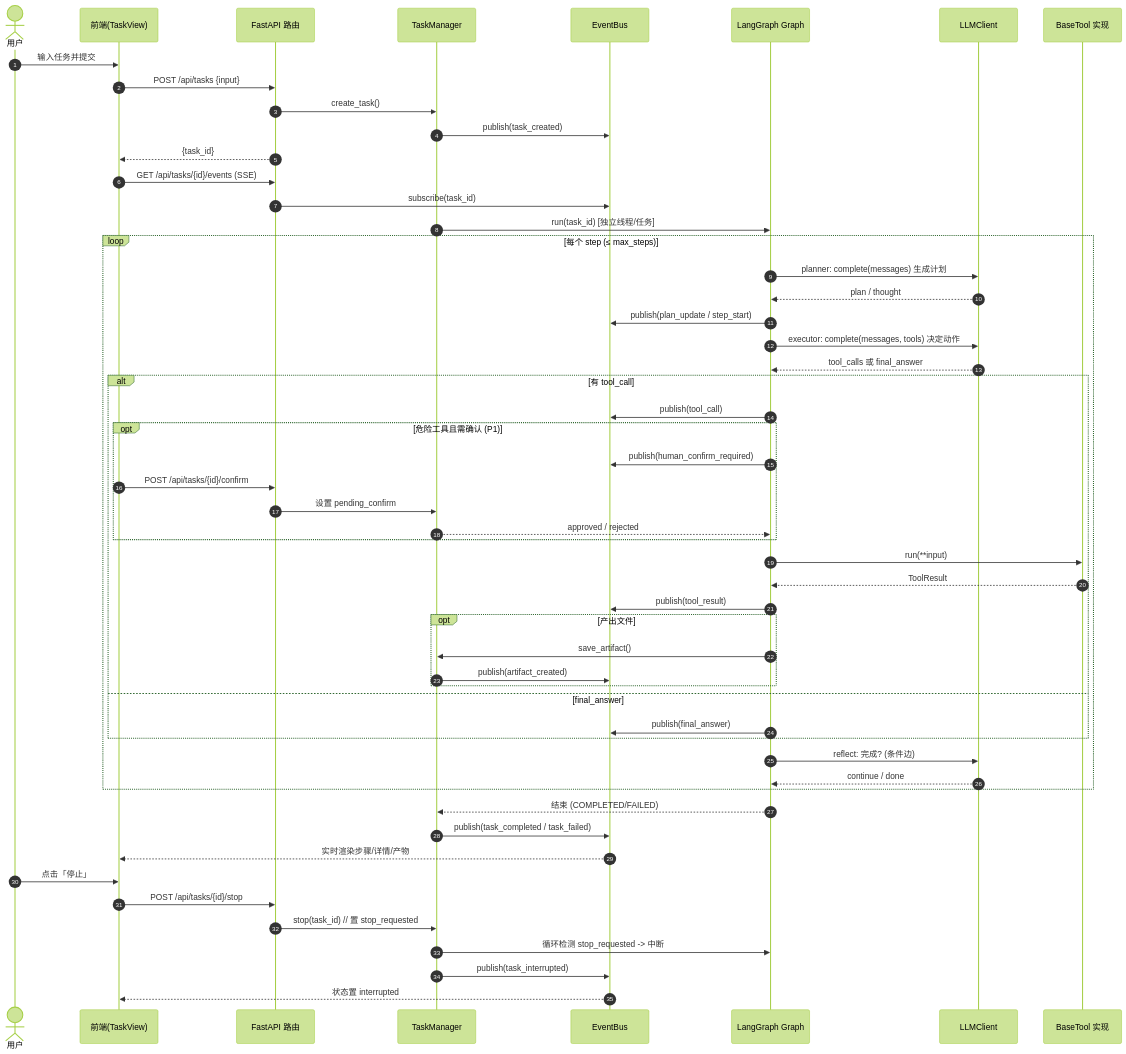
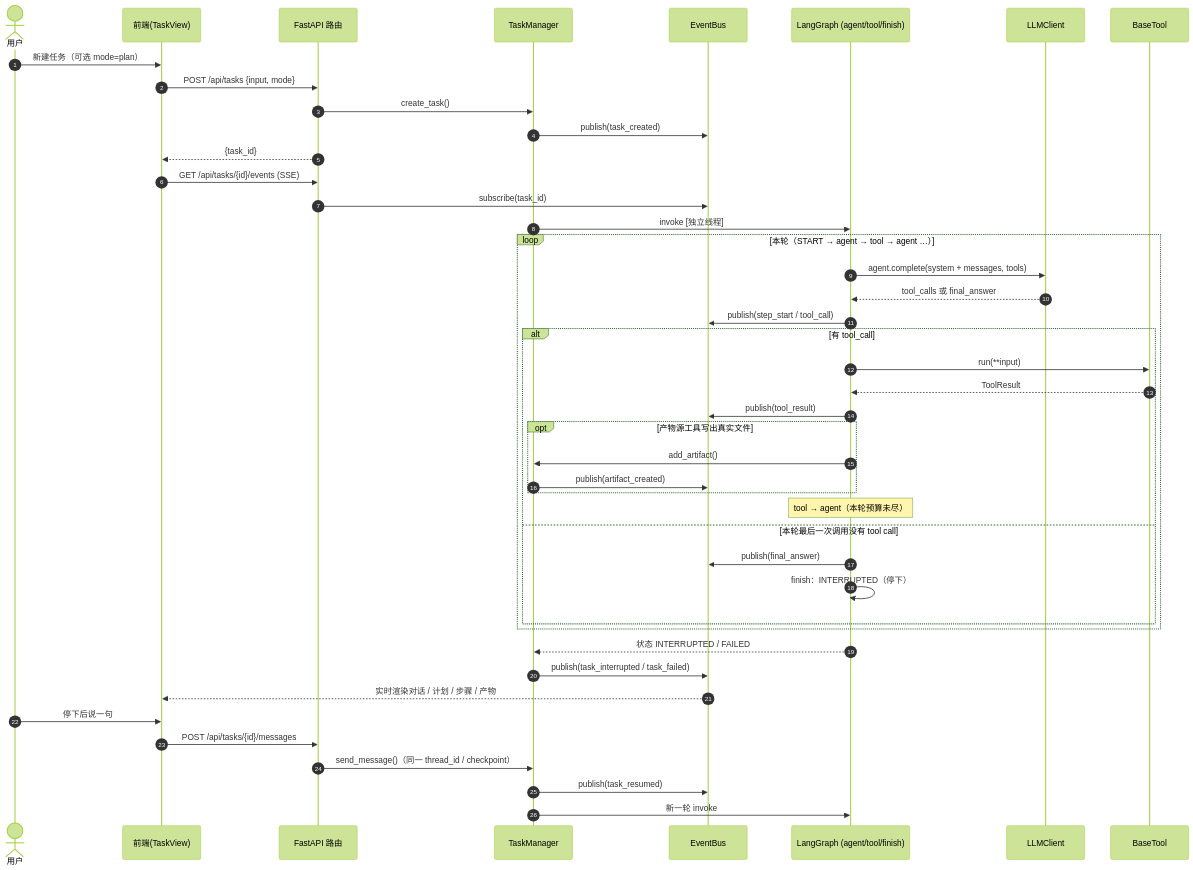
One commit to renjianguojinqianfan/langgraph-agent changed the diagram in docs/sequence-diagram.mermaid. Above: the diagram before and after it, drawn with Mermaid (forest theme). The commit also changed 19 other files, not shown here.

```diff
--- a/docs/sequence-diagram.mermaid
+++ b/docs/sequence-diagram.mermaid
@@ -1,60 +1,47 @@
 sequenceDiagram
     autonumber
     actor U as 用户
     participant FE as 前端(TaskView)
     participant API as FastAPI 路由
     participant TM as TaskManager
     participant EB as EventBus
-    participant G as LangGraph Graph
+    participant G as LangGraph (agent/tool/finish)
     participant L as LLMClient
-    participant T as BaseTool 实现
+    participant T as BaseTool
 
-    %% 提交任务
-    U->>FE: 输入任务并提交
-    FE->>API: POST /api/tasks {input}
+    U->>FE: 新建任务（可选 mode=plan）
+    FE->>API: POST /api/tasks {input, mode}
     API->>TM: create_task()
     TM->>EB: publish(task_created)
     API-->>FE: {task_id}
     FE->>API: GET /api/tasks/{id}/events (SSE)
     API->>EB: subscribe(task_id)
 
-    %% 执行循环
-    TM->>G: run(task_id)  [独立线程/任务]
-    loop 每个 step (≤ max_steps)
-        G->>L: planner: complete(messages) 生成计划
-        L-->>G: plan / thought
-        G->>EB: publish(plan_update / step_start)
-        G->>L: executor: complete(messages, tools) 决定动作
+    TM->>G: invoke [独立线程]
+    loop 本轮（START → agent → tool → agent …）
+        G->>L: agent.complete(system + messages, tools)
         L-->>G: tool_calls 或 final_answer
+        G->>EB: publish(step_start / tool_call)
         alt 有 tool_call
-            G->>EB: publish(tool_call)
-            opt 危险工具且需确认 (P1)
-                G->>EB: publish(human_confirm_required)
-                FE->>API: POST /api/tasks/{id}/confirm
-                API->>TM: 设置 pending_confirm
-                TM-->>G: approved / rejected
-            end
             G->>T: run(**input)
             T-->>G: ToolResult
             G->>EB: publish(tool_result)
-            opt 产出文件
-                G->>TM: save_artifact()
+            opt 产物源工具写出真实文件
+                G->>TM: add_artifact()
                 TM->>EB: publish(artifact_created)
             end
-        else final_answer
+            Note over G: tool → agent（本轮预算未尽）
+        else 本轮最后一次调用没有 tool call
             G->>EB: publish(final_answer)
+            G->>G: finish：INTERRUPTED（停下）
         end
-        G->>L: reflect: 完成? (条件边)
-        L-->>G: continue / done
     end
-    G-->>TM: 结束 (COMPLETED/FAILED)
-    TM->>EB: publish(task_completed / task_failed)
-    EB-->>FE: 实时渲染步骤/详情/产物
+    G-->>TM: 状态 INTERRUPTED / FAILED
+    TM->>EB: publish(task_interrupted / task_failed)
+    EB-->>FE: 实时渲染对话 / 计划 / 步骤 / 产物
 
-    %% 停止控制
-    U->>FE: 点击「停止」
-    FE->>API: POST /api/tasks/{id}/stop
-    API->>TM: stop(task_id)  // 置 stop_requested
-    TM->>G: 循环检测 stop_requested -> 中断
-    TM->>EB: publish(task_interrupted)
-    EB-->>FE: 状态置 interrupted
+    U->>FE: 停下后说一句
+    FE->>API: POST /api/tasks/{id}/messages
+    API->>TM: send_message()（同一 thread_id / checkpoint）
+    TM->>EB: publish(task_resumed)
+    TM->>G: 新一轮 invoke
```
